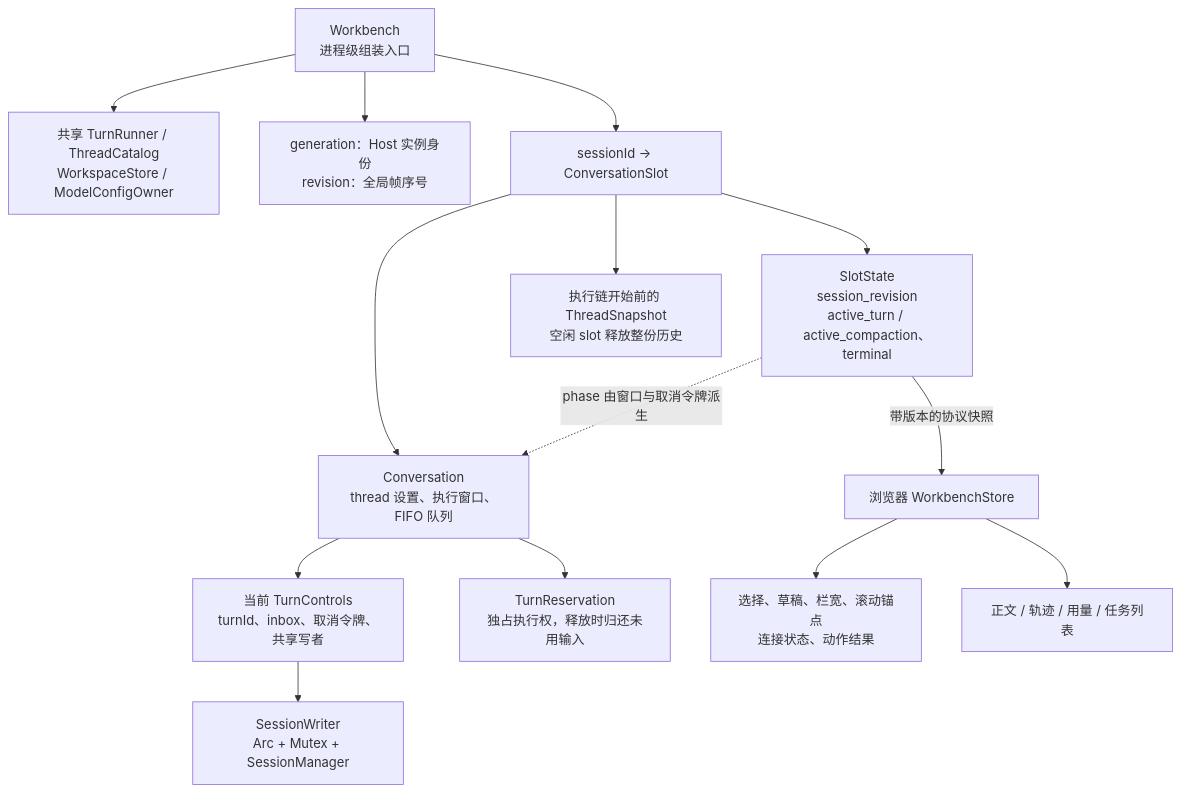
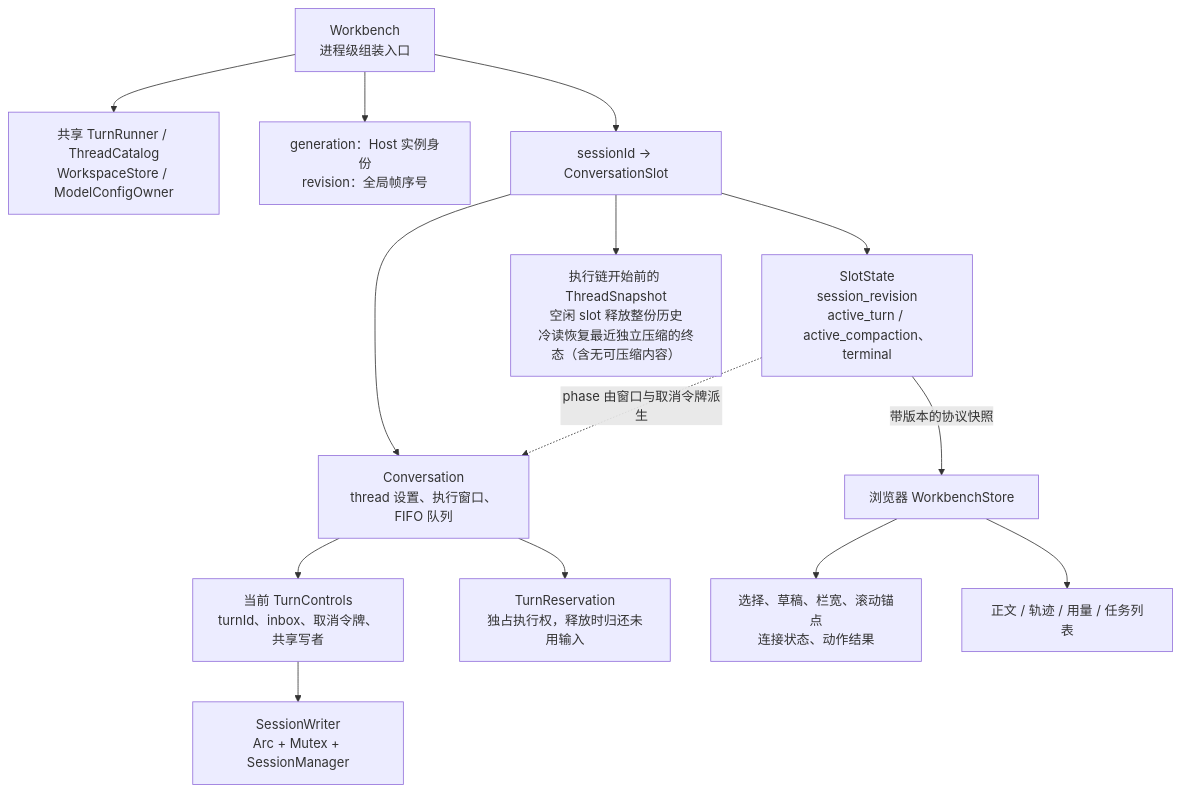
The fifth of 29 diagrams in docs/singularity.md (qjcnmd/singularity-agent), drawn with Mermaid before and after one commit. The commit also changed other lines of this file and 28 other files, not shown here.

````diff
--- a/docs/singularity.md
+++ b/docs/singularity.md
@@ -131,16 +131,16 @@
 ```mermaid
 flowchart TB
     WB["Workbench<br/>进程级组装入口"] --> Shared["共享 TurnRunner / ThreadCatalog<br/>WorkspaceStore / ModelConfigOwner"]
     WB --> Order["generation：Host 实例身份<br/>revision：全局帧序号"]
     WB --> Slots["sessionId → ConversationSlot"]
     Slots --> Conv["Conversation<br/>thread 设置、执行窗口、FIFO 队列"]
     Slots --> Projection["SlotState<br/>session_revision<br/>active_turn / active_compaction、terminal"]
-    Slots --> Stable["执行链开始前的 ThreadSnapshot<br/>空闲 slot 释放整份历史"]
+    Slots --> Stable["执行链开始前的 ThreadSnapshot<br/>空闲 slot 释放整份历史<br/>冷读恢复最近独立压缩的终态（含无可压缩内容）"]
     Conv --> Running["当前 TurnControls<br/>turnId、inbox、取消令牌、共享写者"]
     Conv --> Reservation["TurnReservation<br/>独占执行权，释放时归还未用输入"]
     Running --> Writer["SessionWriter<br/>Arc + Mutex + SessionManager"]
     Projection -. "phase 由窗口与取消令牌派生" .-> Conv
     Projection -->|"带版本的协议快照"| Store["浏览器 WorkbenchStore"]
     Store --> UIState["选择、草稿、栏宽、滚动锚点<br/>连接状态、动作结果"]
     Store --> Views["正文 / 轨迹 / 用量 / 任务列表"]
 ```
````
